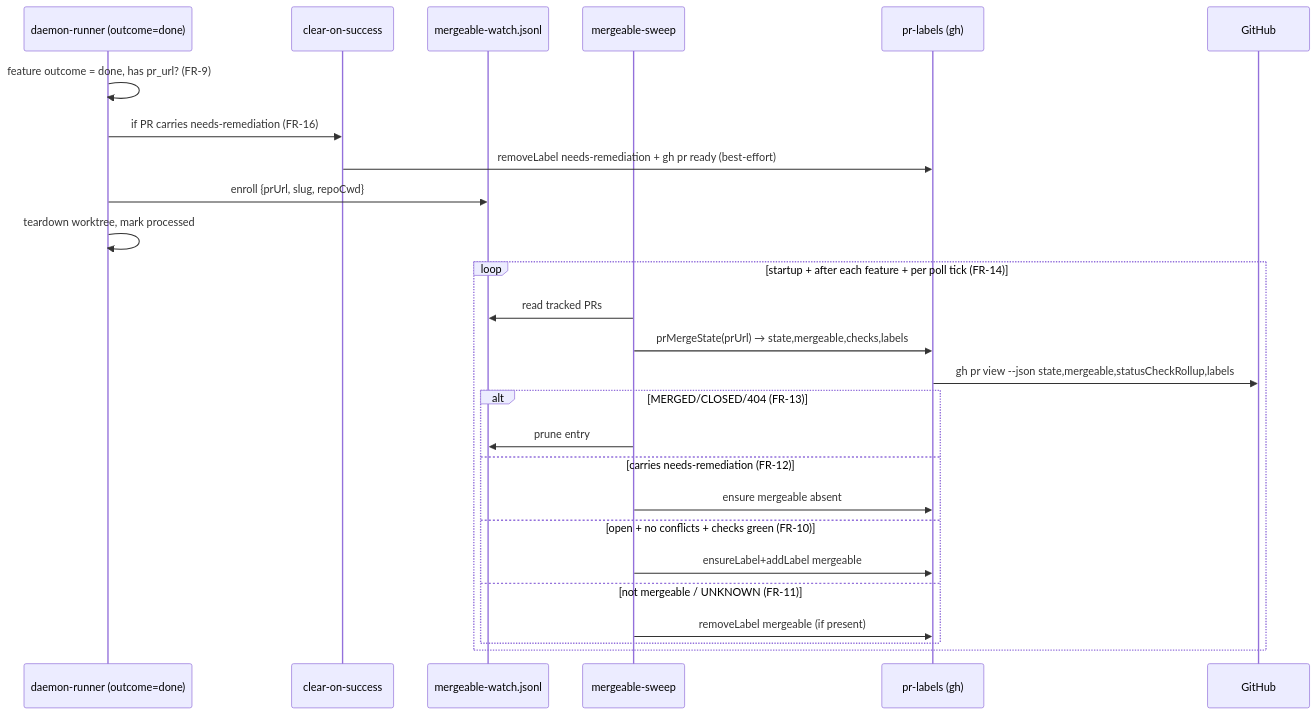
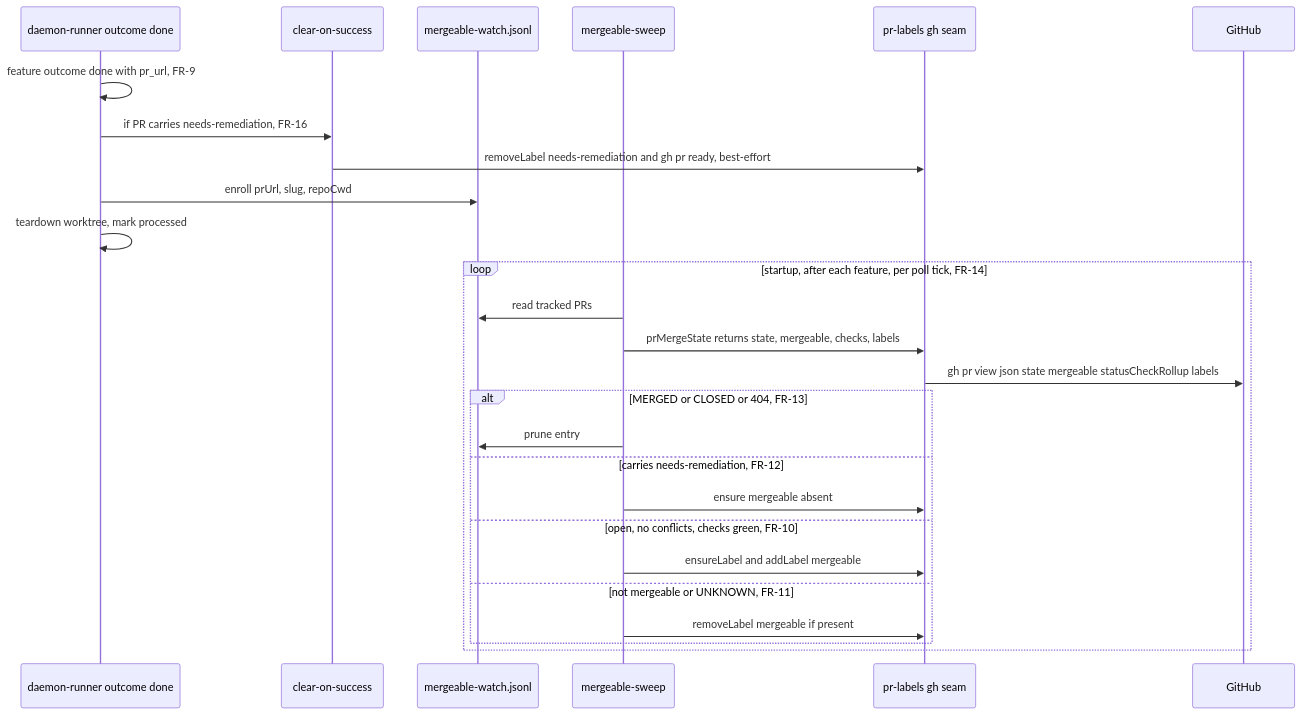
One commit to jstoup111/ai-conductor changed the third of 3 diagrams in .docs/architecture/2026-06-29-daemon-pr-labels.md. Above: the diagram before and after it, drawn with Mermaid. The commit also changed other lines of this file and 1 other file, not shown here.

First line of the commit message:
fix(architecture): repair Mermaid parse error; approve ADR-014

````diff
--- a/.docs/architecture/2026-06-29-daemon-pr-labels.md
+++ b/.docs/architecture/2026-06-29-daemon-pr-labels.md
@@ -97,30 +97,30 @@
 ```mermaid
 sequenceDiagram
-  participant DR as daemon-runner (outcome=done)
+  participant DR as daemon-runner outcome done
   participant CLEAR as clear-on-success
   participant WATCH as mergeable-watch.jsonl
   participant SWEEP as mergeable-sweep
-  participant PR as pr-labels (gh)
+  participant PR as pr-labels gh seam
   participant GH as GitHub
 
-  DR->>DR: feature outcome = done, has pr_url? (FR-9)
-  DR->>CLEAR: if PR carries needs-remediation (FR-16)
-  CLEAR->>PR: removeLabel needs-remediation + gh pr ready (best-effort)
-  DR->>WATCH: enroll {prUrl, slug, repoCwd}
+  DR->>DR: feature outcome done with pr_url, FR-9
+  DR->>CLEAR: if PR carries needs-remediation, FR-16
+  CLEAR->>PR: removeLabel needs-remediation and gh pr ready, best-effort
+  DR->>WATCH: enroll prUrl, slug, repoCwd
   DR->>DR: teardown worktree, mark processed
 
-  loop startup + after each feature + per poll tick (FR-14)
+  loop startup, after each feature, per poll tick, FR-14
     SWEEP->>WATCH: read tracked PRs
-    SWEEP->>PR: prMergeState(prUrl) → state,mergeable,checks,labels
-    PR->>GH: gh pr view --json state,mergeable,statusCheckRollup,labels
-    alt MERGED/CLOSED/404 (FR-13)
+    SWEEP->>PR: prMergeState returns state, mergeable, checks, labels
+    PR->>GH: gh pr view json state mergeable statusCheckRollup labels
+    alt MERGED or CLOSED or 404, FR-13
       SWEEP->>WATCH: prune entry
-    else carries needs-remediation (FR-12)
+    else carries needs-remediation, FR-12
       SWEEP->>PR: ensure mergeable absent
-    else open + no conflicts + checks green (FR-10)
-      SWEEP->>PR: ensureLabel+addLabel mergeable
-    else not mergeable / UNKNOWN (FR-11)
-      SWEEP->>PR: removeLabel mergeable (if present)
+    else open, no conflicts, checks green, FR-10
+      SWEEP->>PR: ensureLabel and addLabel mergeable
+    else not mergeable or UNKNOWN, FR-11
+      SWEEP->>PR: removeLabel mergeable if present
     end
   end
 ```
````
